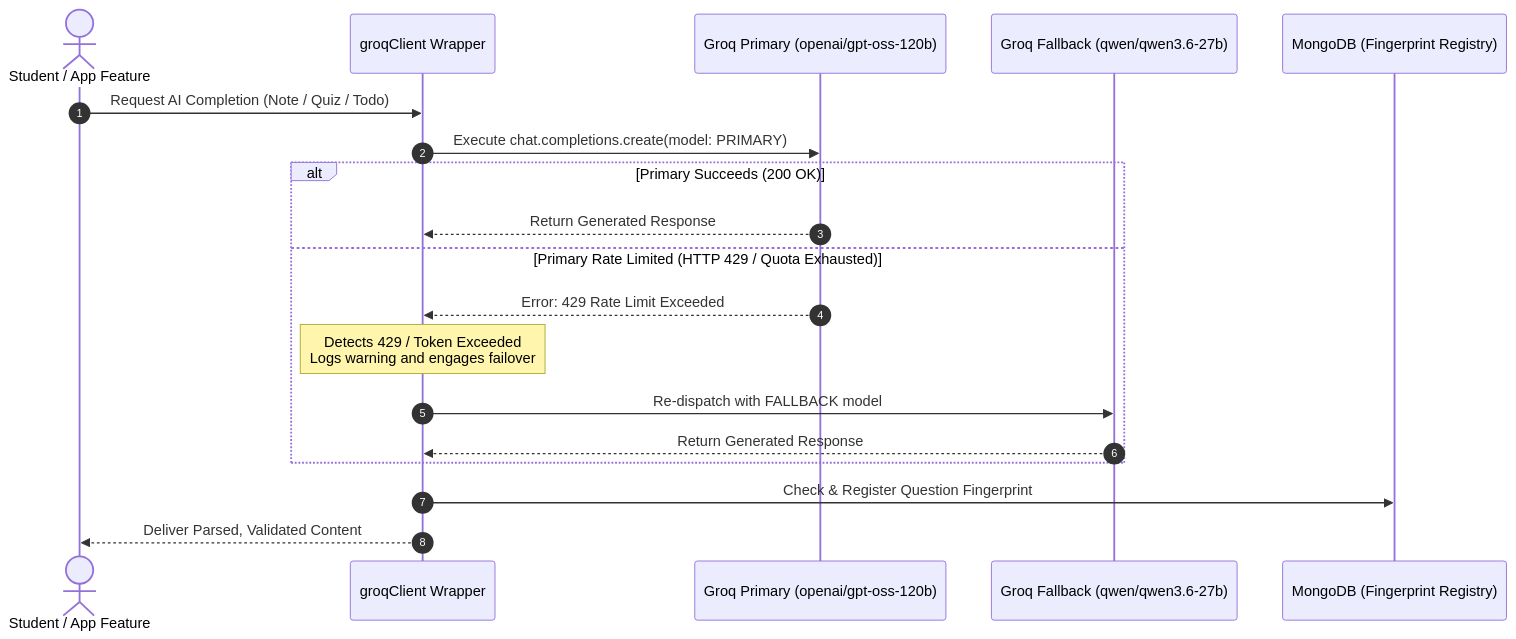
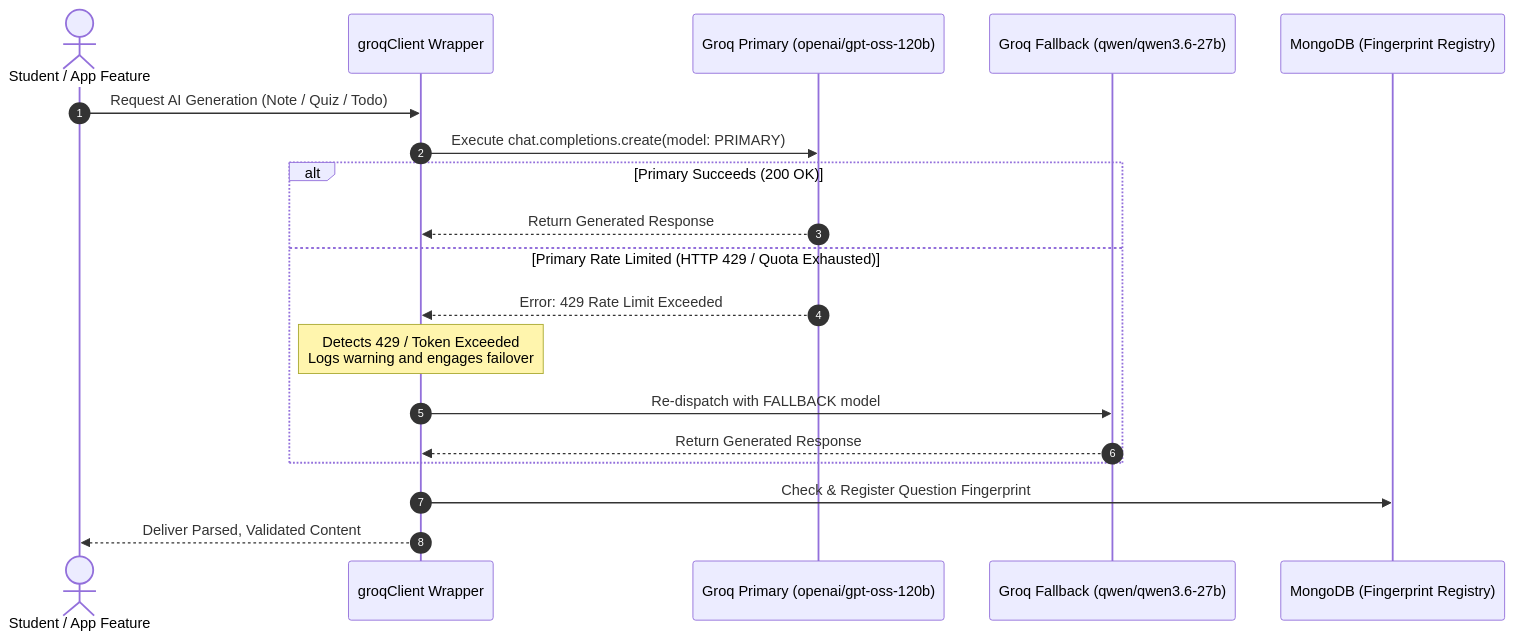
The second of 3 diagrams in README.md (Amaan-Mujawar/StudexaAI-Platform), drawn with Mermaid before and after one commit. The commit also changed other lines of this file and 11 other files, not shown here.

````diff
--- a/README.md
+++ b/README.md
@@ -142,22 +141,22 @@
 ```mermaid
 sequenceDiagram
     autonumber
     actor User as Student / App Feature
     participant Client as groqClient Wrapper
     participant Primary as Groq Primary (openai/gpt-oss-120b)
     participant Fallback as Groq Fallback (qwen/qwen3.6-27b)
     participant DB as MongoDB (Fingerprint Registry)
 
-    User->>Client: Request AI Completion (Note / Quiz / Todo)
+    User->>Client: Request AI Generation (Note / Quiz / Todo)
     Client->>Primary: Execute chat.completions.create(model: PRIMARY)
     alt Primary Succeeds (200 OK)
         Primary-->>Client: Return Generated Response
     else Primary Rate Limited (HTTP 429 / Quota Exhausted)
         Primary-->>Client: Error: 429 Rate Limit Exceeded
         Note over Client: Detects 429 / Token Exceeded<br/>Logs warning and engages failover
         Client->>Fallback: Re-dispatch with FALLBACK model
         Fallback-->>Client: Return Generated Response
     end
     Client->>DB: Check & Register Question Fingerprint
     Client-->>User: Deliver Parsed, Validated Content
 ```
````
